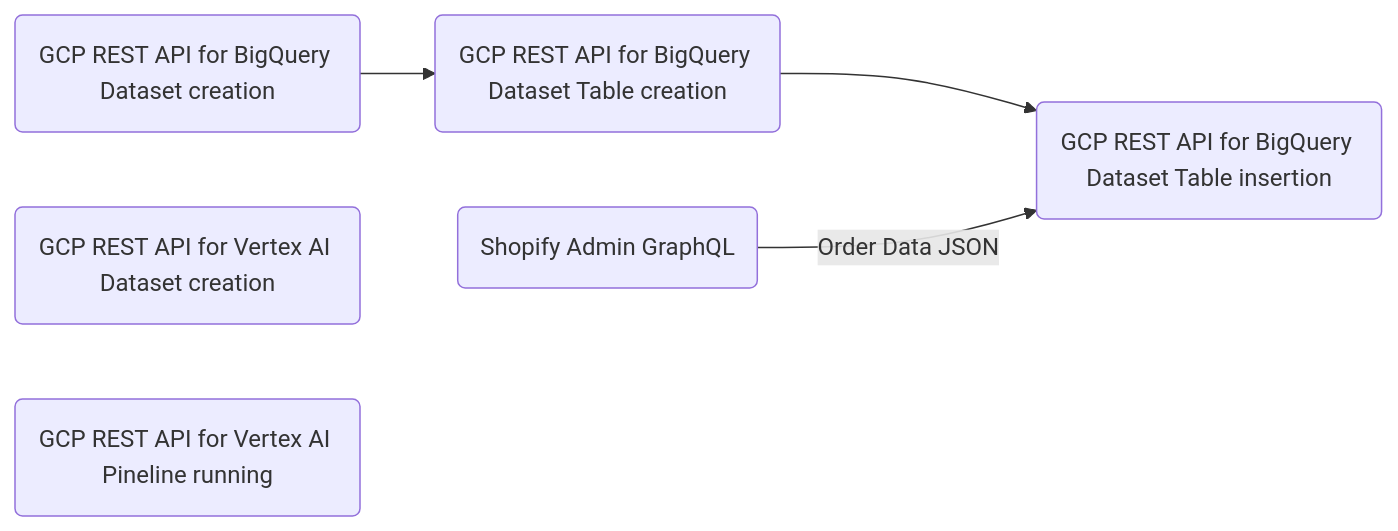
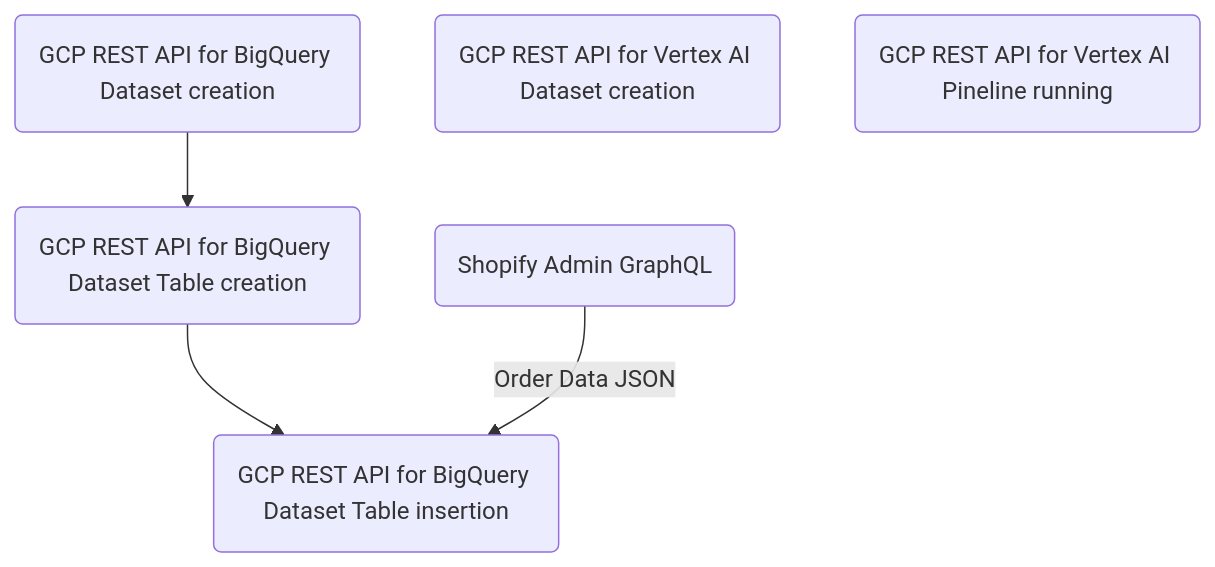
Before and after one commit to benzookapi/shopify-gcp-demo: the diagram in README.GCP.md, drawn with Mermaid.

````diff
--- a/README.GCP.md
+++ b/README.GCP.md
@@ -1,25 +1,25 @@
 ```mermaid
 
-graph LR
+graph TD
 
   ShopifyApi("Shopify Admin GraphQL")
 
   GcpRestApiBigQueryDataSet("GCP REST API for BigQuery Dataset creation")
 
   GcpRestApiBigQueryTable("GCP REST API for BigQuery Dataset Table creation")
 
   GcpRestApiBigQueryInsert("GCP REST API for BigQuery Dataset Table insertion")
 
   GcpRestApiVertexDataset("GCP REST API for Vertex AI Dataset creation")
 
   GcpRestApiVertexRun("GCP REST API for Vertex AI Pineline running")
 
   GcpRestApiBigQueryDataSet-->GcpRestApiBigQueryTable
 
   GcpRestApiBigQueryTable-->GcpRestApiBigQueryInsert
 
   ShopifyApi-->|Order Data JSON|GcpRestApiBigQueryInsert
 
 
 
 ```
````
